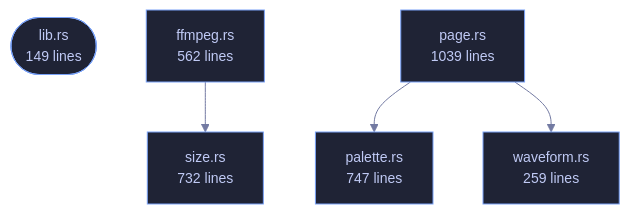
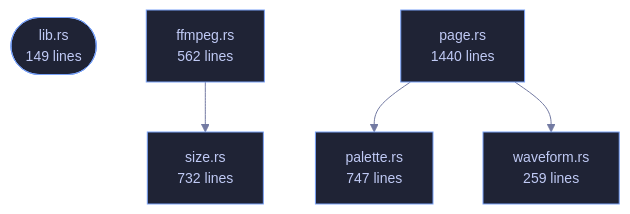
One commit to tilas01/veilvoice changed the diagram in wiki/Crate-veilvoice-video.md. Above: the diagram before and after it, drawn with Mermaid. The commit also changed other lines of this file and 32 other files, not shown here.

````diff
--- a/wiki/Crate-veilvoice-video.md
+++ b/wiki/Crate-veilvoice-video.md
@@ -77,19 +77,19 @@
 ```mermaid
 %%{init: {"theme":"base","themeVariables":{"background":"#1a1b26","primaryColor":"#1f2335","primaryTextColor":"#c0caf5","primaryBorderColor":"#7aa2f7","secondaryColor":"#16161e","tertiaryColor":"#16161e","lineColor":"#737aa2","textColor":"#c0caf5","mainBkg":"#1f2335","nodeBorder":"#7aa2f7","clusterBkg":"#16161e","clusterBorder":"#2f3549","fontFamily":"ui-monospace, SFMono-Regular, Consolas, monospace","fontSize":"14px"}}}%%
 flowchart TD
     n_lib(["lib.rs<br/>149 lines"])
     n_ffmpeg["ffmpeg.rs<br/>562 lines"]
-    n_page["page.rs<br/>1039 lines"]
+    n_page["page.rs<br/>1440 lines"]
     n_palette["palette.rs<br/>747 lines"]
     n_size["size.rs<br/>732 lines"]
     n_waveform["waveform.rs<br/>259 lines"]
     n_ffmpeg --> n_size
     n_page --> n_palette
     n_page --> n_waveform
     click n_lib href "https://github.com/tilas01/veilvoice/blob/main/crates/veilvoice-video/src/lib.rs" "open the source"
     click n_ffmpeg href "https://github.com/tilas01/veilvoice/blob/main/crates/veilvoice-video/src/ffmpeg.rs" "open the source"
     click n_page href "https://github.com/tilas01/veilvoice/blob/main/crates/veilvoice-video/src/page.rs" "open the source"
     click n_palette href "https://github.com/tilas01/veilvoice/blob/main/crates/veilvoice-video/src/palette.rs" "open the source"
     click n_size href "https://github.com/tilas01/veilvoice/blob/main/crates/veilvoice-video/src/size.rs" "open the source"
     click n_waveform href "https://github.com/tilas01/veilvoice/blob/main/crates/veilvoice-video/src/waveform.rs" "open the source"
 ```
````
